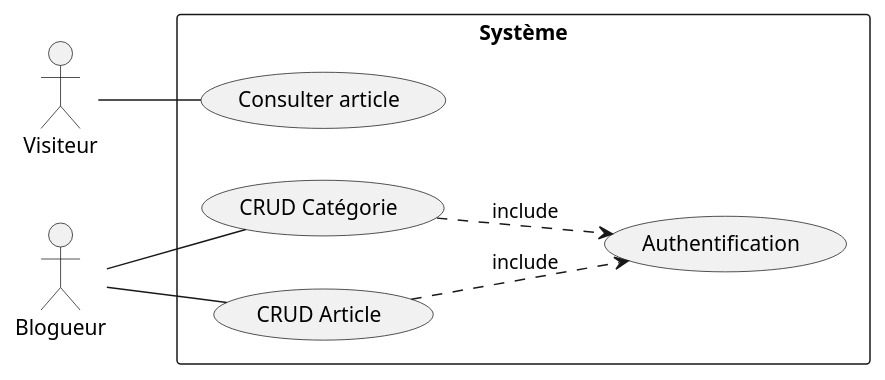
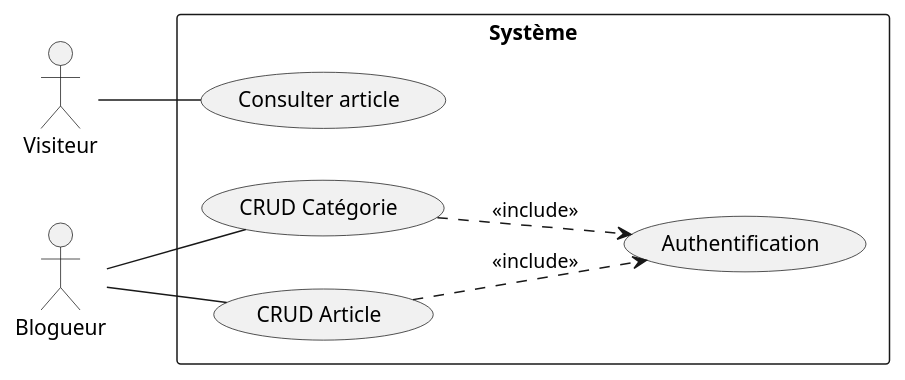
The diagram in Conception/CasUtilisation.puml (DevZakariaAz/Mastering-Eloquent-ORM), drawn with PlantUML before and after one commit. The commit also changed 1 other file, not shown here.

```diff
--- a/Conception/CasUtilisation.puml
+++ b/Conception/CasUtilisation.puml
@@ -1,18 +1,18 @@
     @startuml
     left to right direction
 
     actor Visiteur
     actor Blogueur
 
     rectangle "Système" {
         usecase "Consulter article" as UC_ConsulterArticles
         usecase "CRUD Catégorie" as UC_Categorie
         usecase "CRUD Article" as UC_Article  
         usecase "Authentification" as Auth
     }
     Blogueur -- UC_Article
     Blogueur -- UC_Categorie
     Visiteur -- UC_ConsulterArticles
-    UC_Categorie .-> Auth : "include"
-    UC_Article .-> Auth : "include"
+    UC_Categorie .-> Auth : "<<include>>"
+    UC_Article .-> Auth : "<<include>>"
     @enduml
```
